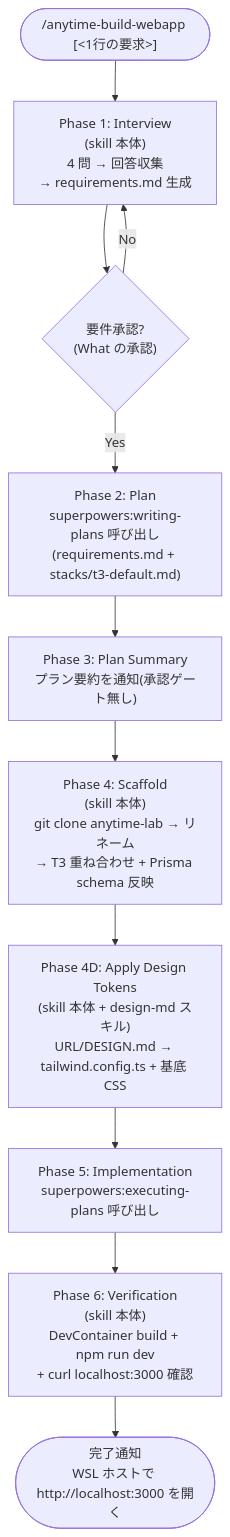
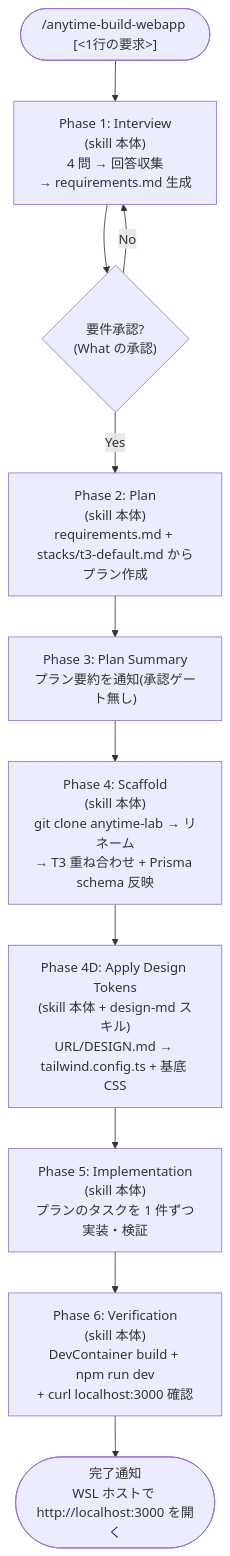
One commit to anytime-trial/anytime-markdown changed the diagram in .claude/skills/anytime-build-webapp/DESIGN.ja.md. Above: the diagram before and after it, drawn with Mermaid. The commit also changed other lines of this file and 13 other files, not shown here.

````diff
--- a/.claude/skills/anytime-build-webapp/DESIGN.ja.md
+++ b/.claude/skills/anytime-build-webapp/DESIGN.ja.md
@@ -200,15 +203,15 @@
 ```mermaid
 flowchart TD
     Start(["/anytime-build-webapp [&lt;1行の要求&gt;]"]) --> P1
     P1["Phase 1: Interview<br/>(skill 本体)<br/>4 問 → 回答収集<br/>→ requirements.md 生成"] --> A1
     A1{"要件承認?<br/>(What の承認)"}
     A1 -- No --> P1
     A1 -- Yes --> P2
-    P2["Phase 2: Plan<br/>superpowers:writing-plans 呼び出し<br/>(requirements.md + stacks/t3-default.md)"] --> P3
+    P2["Phase 2: Plan<br/>(skill 本体)<br/>requirements.md + stacks/t3-default.md からプラン作成"] --> P3
     P3["Phase 3: Plan Summary<br/>プラン要約を通知(承認ゲート無し)"] --> P4
     P4["Phase 4: Scaffold<br/>(skill 本体)<br/>git clone anytime-lab → リネーム<br/>→ T3 重ね合わせ + Prisma schema 反映"] --> P45
     P45["Phase 4D: Apply Design Tokens<br/>(skill 本体 + design-md スキル)<br/>URL/DESIGN.md → tailwind.config.ts + 基底 CSS"] --> P5
-    P5["Phase 5: Implementation<br/>superpowers:executing-plans 呼び出し"] --> P6
+    P5["Phase 5: Implementation<br/>(skill 本体)<br/>プランのタスクを 1 件ずつ実装・検証"] --> P6
     P6["Phase 6: Verification<br/>(skill 本体)<br/>DevContainer build + npm run dev<br/>+ curl localhost:3000 確認"] --> End
     End(["完了通知<br/>WSL ホストで http://localhost:3000 を開く"])
 ```
````
